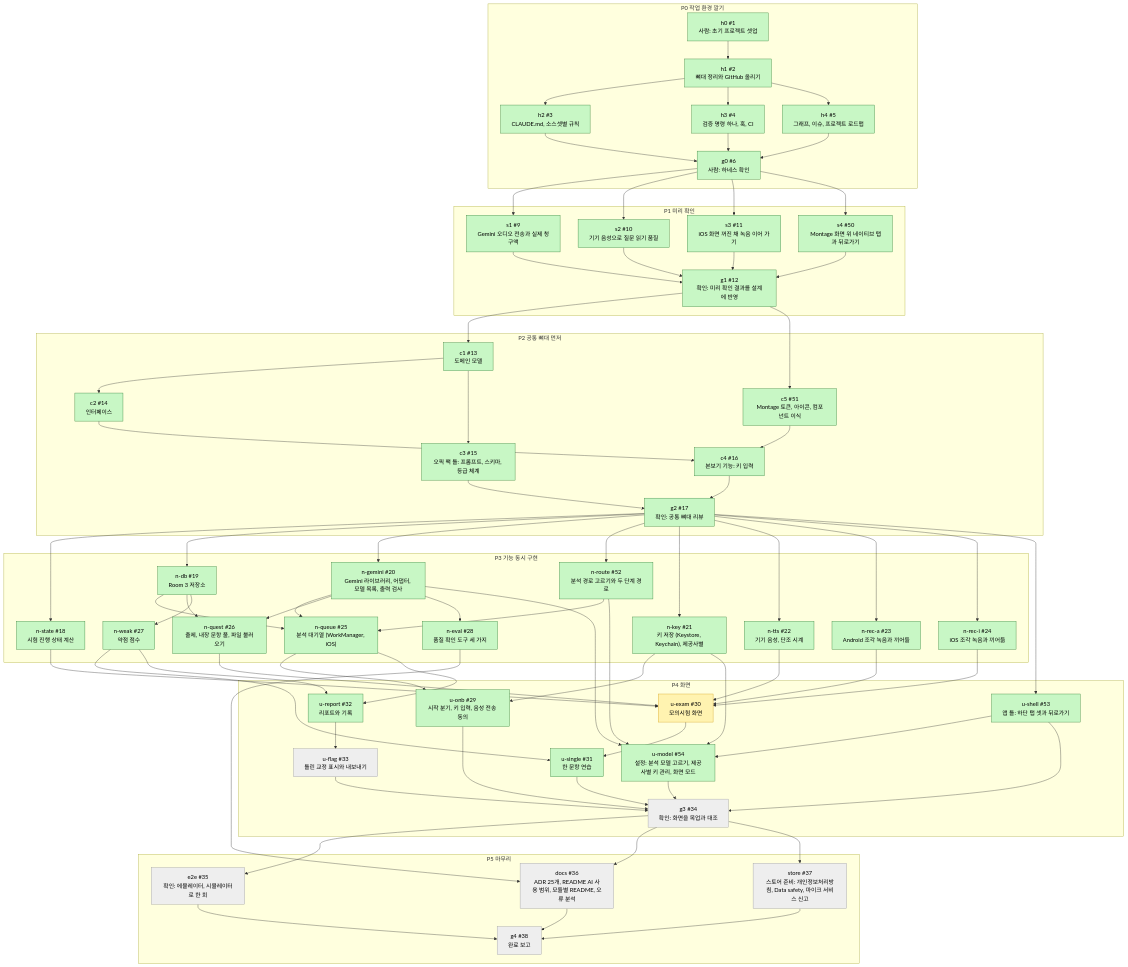
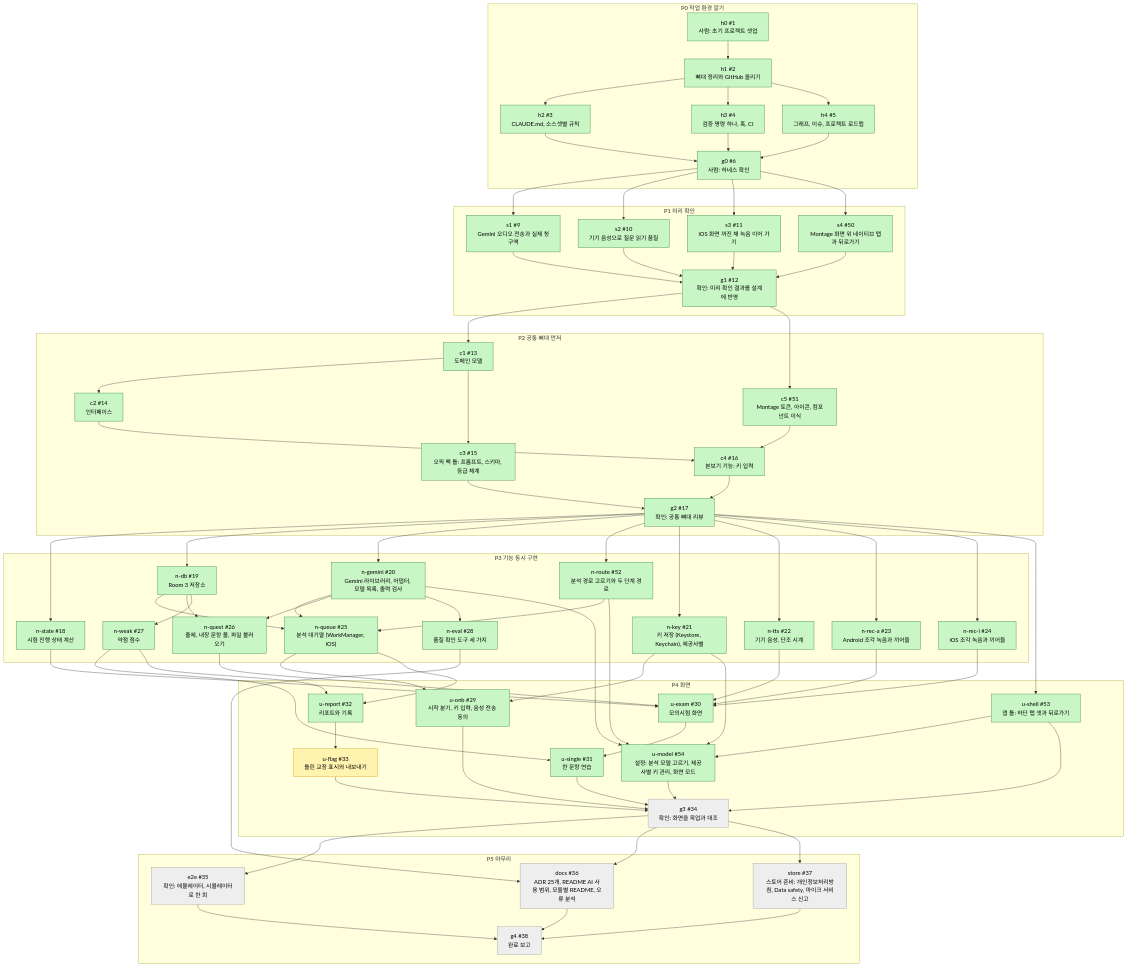
The first of 2 diagrams in docs/graph/dev-graph.md (nosorae/AiOpicSelfStudy), drawn with Mermaid before and after one commit. The commit also changed other lines of this file and 1 other file, not shown here.

Commit message:
[u-flag] u-exam 을 done 으로 맞춘다. #91 로 이미 병합됐는데 doing 으로 남아 있었다 (#33)

````diff
--- a/docs/graph/dev-graph.md
+++ b/docs/graph/dev-graph.md
@@ -127,10 +127,10 @@
   docs --> g4
   store --> g4
   classDef todo fill:#eeeeee,stroke:#999999,color:#000
-  class u_flag,g3,e2e,docs,store,g4 todo
+  class g3,e2e,docs,store,g4 todo
   classDef doing fill:#fff3b0,stroke:#d4a017,color:#000
-  class u_exam doing
+  class u_flag doing
   classDef done fill:#c8f7c5,stroke:#2e7d32,color:#000
-  class h0,h1,h2,h3,h4,g0,s1,s2,s3,s4,g1,c1,c2,c3,c5,c4,g2,n_state,n_db,n_gemini,n_route,n_key,n_tts,n_rec_a,n_rec_i,n_queue,n_quest,n_weak,n_eval,u_onb,u_shell,u_single,u_report,u_model done
+  class h0,h1,h2,h3,h4,g0,s1,s2,s3,s4,g1,c1,c2,c3,c5,c4,g2,n_state,n_db,n_gemini,n_route,n_key,n_tts,n_rec_a,n_rec_i,n_queue,n_quest,n_weak,n_eval,u_onb,u_shell,u_exam,u_single,u_report,u_model done
   classDef blocked fill:#ffcdd2,stroke:#c62828,color:#000
 ```
````
